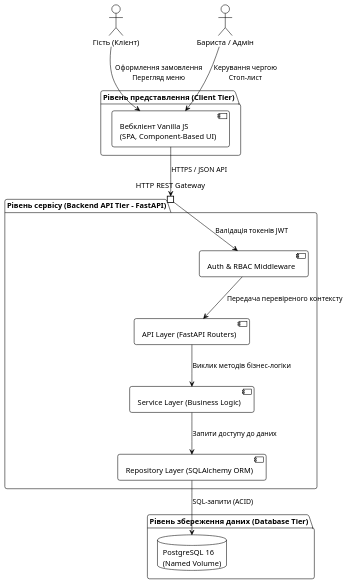
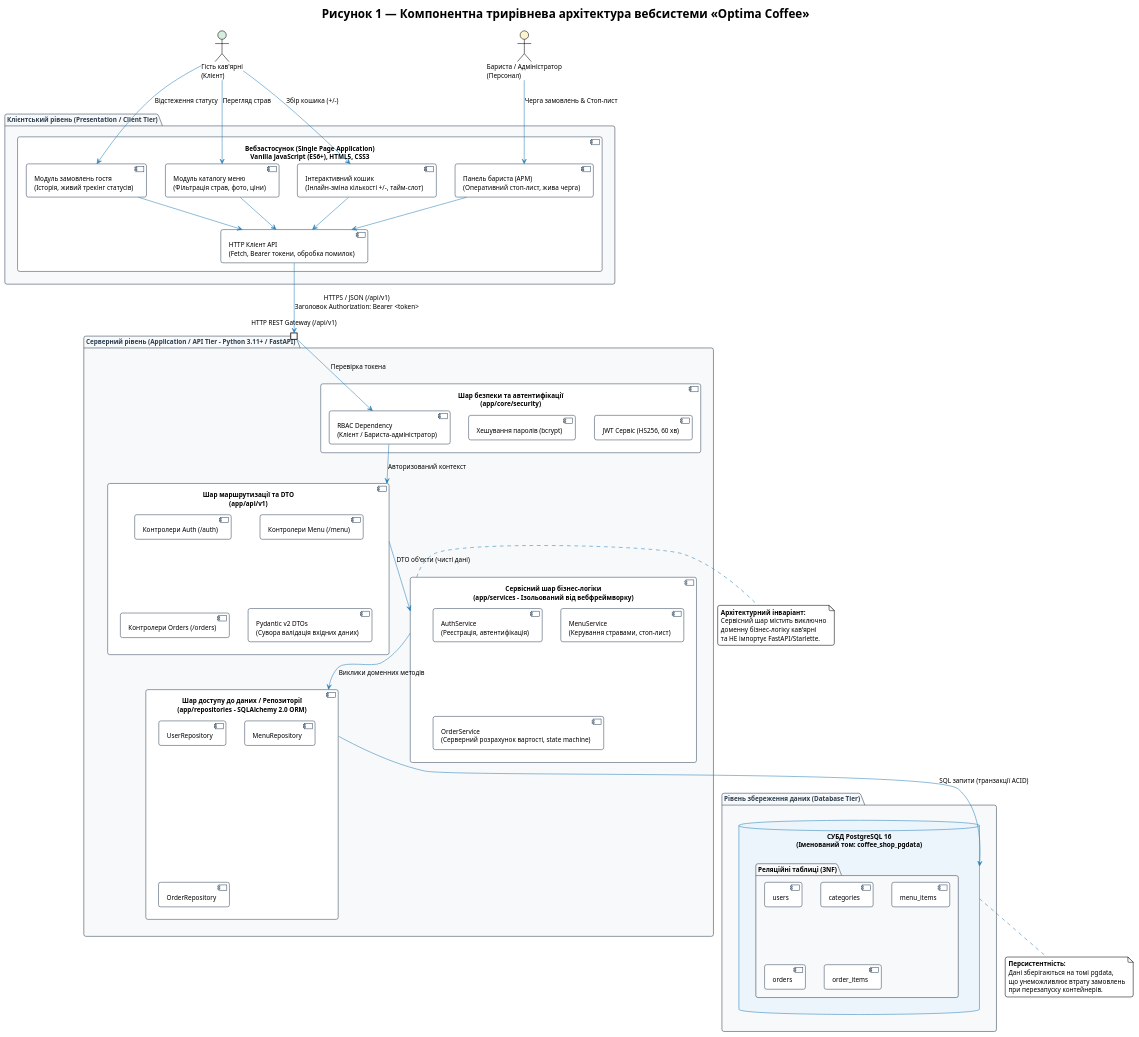
Before and after one commit to anatolii-dotsenko/optima-practice: the diagram in project/docs/architecture.puml, drawn with PlantUML. The commit also changed 9 other files, not shown here.

Commit message:
docs: add database schema, architecture diagrams, and markdown practice report

```diff
--- a/project/docs/architecture.puml
+++ b/project/docs/architecture.puml
@@ -1,37 +1,119 @@
-@startuml
+@startuml architecture
 !theme plain
+title Рисунок 1 — Компонентна трирівнева архітектура вебсистеми «Optima Coffee»
+
 skinparam componentStyle uml2
 skinparam monochrome false
 skinparam roundcorner 8
 skinparam shadowing false
+skinparam defaultFontName "Helvetica, Arial, sans-serif"
+skinparam defaultFontSize 12
 
-actor "Гість (Клієнт)" as Customer
-actor "Бариста / Адмін" as Barista
-
-package "Рівень представлення (Client Tier)" {
-  component [Вебклієнт Vanilla JS\n(SPA, Component-Based UI)] as WebClient
+skinparam package {
+    BackgroundColor #F8F9FA
+    BorderColor #2C3E50
+    FontColor #2C3E50
+    FontStyle bold
 }
 
-package "Рівень сервісу (Backend API Tier - FastAPI)" {
-  portin "HTTP REST Gateway" as Gateway
-  component [API Layer (FastAPI Routers)] as ApiLayer
-  component [Auth & RBAC Middleware] as SecurityLayer
-  component [Service Layer (Business Logic)] as ServiceLayer
-  component [Repository Layer (SQLAlchemy ORM)] as RepoLayer
+skinparam component {
+    BackgroundColor #FFFFFF
+    BorderColor #34495E
+    ArrowColor #2980B9
+}
+
+skinparam database {
+    BackgroundColor #EBF5FB
+    BorderColor #2980B9
+}
+
+actor "Гість кав'ярні\n(Клієнт)" as Customer #D4EFDF
+actor "Бариста / Адміністратор\n(Персонал)" as Barista #FCF3CF
+
+package "Клієнтський рівень (Presentation / Client Tier)" {
+    component "Вебзастосунок (Single Page Application)\nVanilla JavaScript (ES6+), HTML5, CSS3" as SPA {
+        component [Модуль каталогу меню\n(Фільтрація страв, фото, ціни)] as MenuUI
+        component [Інтерактивний кошик\n(Інлайн-зміна кількості +/-, тайм-слот)] as CartUI
+        component [Модуль замовлень гостя\n(Історія, живий трекінг статусів)] as OrdersUI
+        component [Панель бариста (АРМ)\n(Оперативний стоп-лист, жива черга)] as AdminUI
+        component [HTTP Клієнт API\n(Fetch, Bearer токени, обробка помилок)] as ApiClient
+    }
+}
+
+package "Серверний рівень (Application / API Tier - Python 3.11+ / FastAPI)" {
+    portin "HTTP REST Gateway (/api/v1)" as Gateway
+    
+    component "Шар безпеки та автентифікації\n(app/core/security)" as SecurityLayer {
+        component [JWT Сервіс (HS256, 60 хв)] as JWTModule
+        component [Хешування паролів (bcrypt)] as BcryptModule
+        component [RBAC Dependency\n(Клієнт / Бариста-адміністратор)] as RBACModule
+    }
+
+    component "Шар маршрутизації та DTO\n(app/api/v1)" as ApiLayer {
+        component [Контролери Auth (/auth)] as AuthRouter
+        component [Контролери Menu (/menu)] as MenuRouter
+        component [Контролери Orders (/orders)] as OrderRouter
+        component [Pydantic v2 DTOs\n(Сувора валідація вхідних даних)] as DTOValidation
+    }
+
+    component "Сервісний шар бізнес-логіки\n(app/services - Ізольований від вебфреймворку)" as ServiceLayer {
+        component [AuthService\n(Реєстрація, автентифікація)] as AuthService
+        component [MenuService\n(Керування стравами, стоп-лист)] as MenuService
+        component [OrderService\n(Серверний розрахунок вартості, state machine)] as OrderService
+    }
+
+    component "Шар доступу до даних / Репозиторії\n(app/repositories - SQLAlchemy 2.0 ORM)" as RepoLayer {
+        component [UserRepository] as UserRepo
+        component [MenuRepository] as MenuRepo
+        component [OrderRepository] as OrderRepo
+    }
 }
 
 package "Рівень збереження даних (Database Tier)" {
-  database "PostgreSQL 16\n(Named Volume)" as Database
+    database "СУБД PostgreSQL 16\n(Іменований том: coffee_shop_pgdata)" as Database {
+        folder "Реляційні таблиці (3NF)" {
+            [users]
+            [categories]
+            [menu_items]
+            [orders]
+            [order_items]
+        }
+    }
 }
 
-Customer --> WebClient : Оформлення замовлення\nПерегляд меню
-Barista --> WebClient : Керування чергою\nСтоп-лист
+' Зв'язки взаємодії користувачів з інтерфейсом
+Customer --> MenuUI : Перегляд страв
+Customer --> CartUI : Збір кошика (+/-)
+Customer --> OrdersUI : Відстеження статусу
+Barista --> AdminUI : Черга замовлень & Стоп-лист
 
-WebClient --> Gateway : HTTPS / JSON API
-Gateway --> SecurityLayer : Валідація токенів JWT
-SecurityLayer --> ApiLayer : Передача перевіреного контексту
-ApiLayer --> ServiceLayer : Виклик методів бізнес-логіки
-ServiceLayer --> RepoLayer : Запити доступу до даних
-RepoLayer --> Database : SQL-запити (ACID)
+' Зв'язок фронтенду через API-клієнт
+MenuUI --> ApiClient
+CartUI --> ApiClient
+OrdersUI --> ApiClient
+AdminUI --> ApiClient
+
+ApiClient --> Gateway : HTTPS / JSON (/api/v1)\nЗаголовок Authorization: Bearer <token>
+
+' Потік всередині бекенду (суворо односпрямований)
+Gateway --> RBACModule : Перевірка токена
+RBACModule --> ApiLayer : Авторизований контекст
+ApiLayer --> ServiceLayer : DTO об'єкти (чисті дані)
+ServiceLayer --> RepoLayer : Виклики доменних методів
+RepoLayer --> Database : SQL запити (транзакції ACID)
+
+note right of ServiceLayer
+  <b>Архітектурний інваріант:</b>
+  Сервісний шар містить виключно
+  доменну бізнес-логіку кав'ярні
+  та НЕ імпортує FastAPI/Starlette.
+end note
+
+note bottom of Database
+  <b>Персистентність:</b>
+  Дані зберігаються на томі pgdata,
+  що унеможливлює втрату замовлень
+  при перезапуску контейнерів.
+end note
 
 @enduml
```
